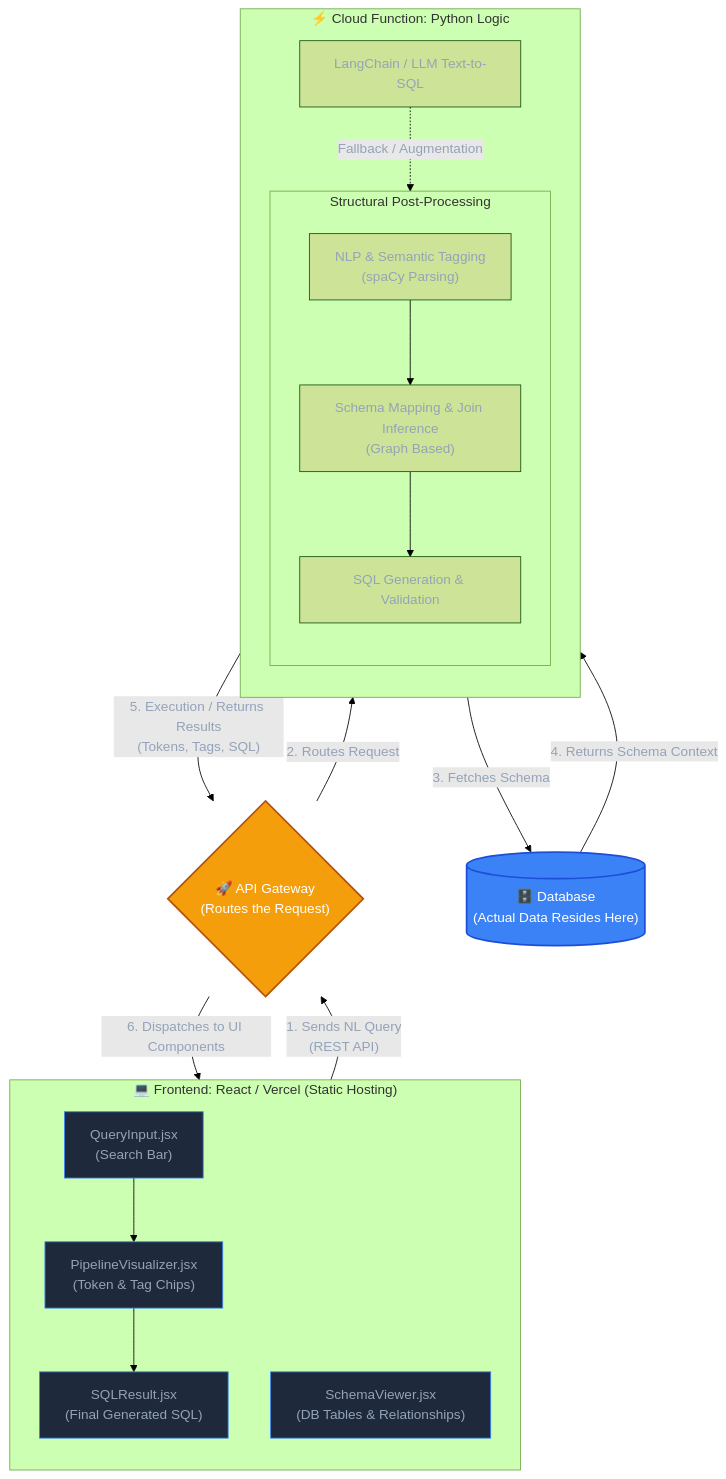
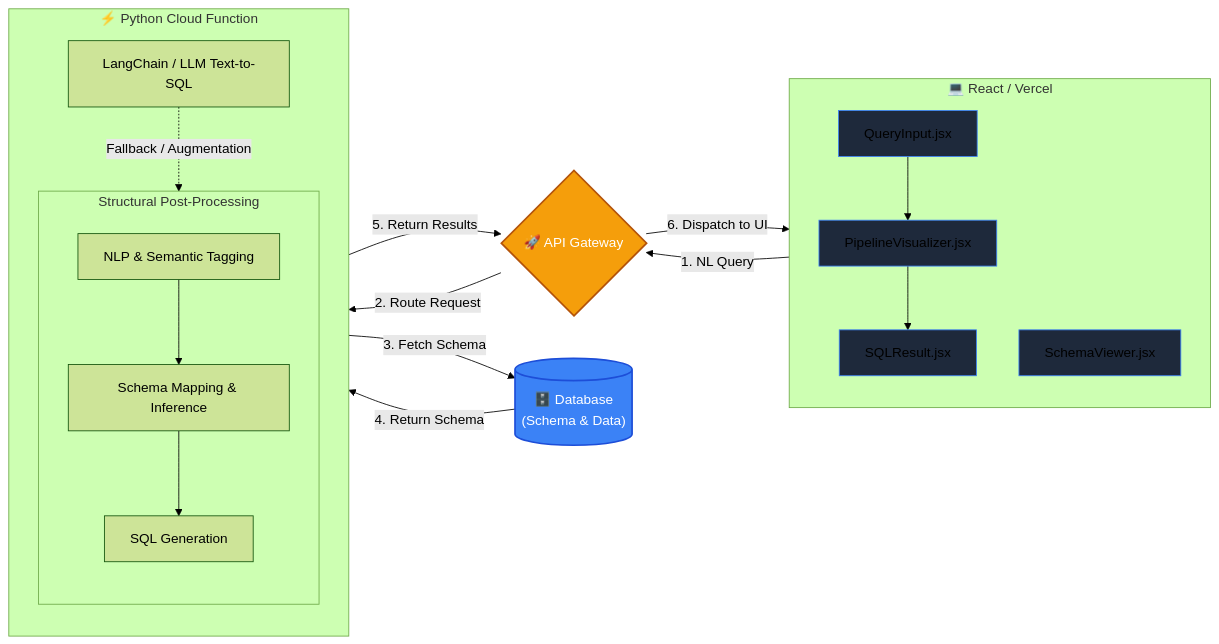
One commit to pavbhaji7/NLPTOSQL changed the diagram in component_diagram.md. Above: the diagram before and after it, drawn with Mermaid (forest theme). The commit also changed 7 other files, not shown here.

Commit message:
Update Diagram

````diff
--- a/component_diagram.md
+++ b/component_diagram.md
@@ -5,68 +5,59 @@
 ```mermaid
-flowchart TB
+flowchart LR
     %% Styling
     classDef frontend fill:#0f172a,stroke:#3b82f6,stroke-width:2px,color:#f8fafc;
     classDef gateway fill:#f59e0b,stroke:#b45309,stroke-width:2px,color:#fff;
     classDef serverless fill:#1e293b,stroke:#10b981,stroke-width:2px,color:#f8fafc;
     classDef database fill:#3b82f6,stroke:#1d4ed8,stroke-width:2px,color:#fff;
-    classDef label fill:none,stroke:none,color:#94a3b8;
 
-    %% Client / Frontend Layer
-    subgraph FrontendLayer ["💻 Frontend: React / Vercel (Static Hosting)"]
+    %% Client Layer
+    subgraph FrontendLayer ["💻 React / Vercel"]
         direction TB
-        UI_QueryInput["QueryInput.jsx\n(Search Bar)"]
-        UI_SchemaViewer["SchemaViewer.jsx\n(DB Tables & Relationships)"]
-        UI_PipelineVisual["PipelineVisualizer.jsx\n(Token & Tag Chips)"]
-        UI_SQLResult["SQLResult.jsx\n(Final Generated SQL)"]
+        UI_QueryInput["QueryInput.jsx"]
+        UI_PipelineVisual["PipelineVisualizer.jsx"]
+        UI_SQLResult["SQLResult.jsx"]
+        UI_SchemaViewer["SchemaViewer.jsx"]
 
-        UI_QueryInput --> UI_PipelineVisual
-        UI_PipelineVisual --> UI_SQLResult
+        UI_QueryInput --> UI_PipelineVisual --> UI_SQLResult
     end
     class FrontendLayer frontend;
 
-    %% Routing Layer
-    APIGateway{"🚀 API Gateway\n(Routes the Request)"}
+    %% Routing
+    APIGateway{"🚀 API Gateway"}
     class APIGateway gateway;
 
-    %% Backend / Processing Layer
-    subgraph BackendLayer ["⚡ Cloud Function: Python Logic"]
+    %% Backend Layer
+    subgraph BackendLayer ["⚡ Python Cloud Function"]
         direction TB
-        
-        %% Combining LLM with structured steps
         LLM["LangChain / LLM Text-to-SQL"]
         
         subgraph Pipeline ["Structural Post-Processing"]
             direction TB
-            NLP["NLP & Semantic Tagging\n(spaCy Parsing)"]
-            Linker["Schema Mapping & Join Inference\n(Graph Based)"]
-            Generator["SQL Generation & Validation"]
-            
-            NLP --> Linker
-            Linker --> Generator
+            NLP["NLP & Semantic Tagging"]
+            Linker["Schema Mapping & Inference"]
+            Generator["SQL Generation"]
+            NLP --> Linker --> Generator
         end
-        
         LLM -. "Fallback / Augmentation" .-> Pipeline
     end
     class BackendLayer serverless;
 
     %% Data Layer
-    Database[("🗄️ Database\n(Actual Data Resides Here)")]
+    Database[("🗄️ Database\n(Schema & Data)")]
     class Database database;
 
-
-    %% Relationships and Data Flow
-    FrontendLayer -- "1. Sends NL Query\n(REST API)" --> APIGateway
-    APIGateway -- "2. Routes Request" --> BackendLayer
+    %% Connections
+    FrontendLayer -- "1. NL Query" --> APIGateway
+    APIGateway -- "2. Route Request" --> BackendLayer
     
-    BackendLayer -- "3. Fetches Schema" --> Database
-    Database -- "4. Returns Schema Context" --> BackendLayer
+    BackendLayer -- "3. Fetch Schema" --> Database
+    Database -- "4. Return Schema" --> BackendLayer
     
-    BackendLayer -- "5. Execution / Returns Results\n(Tokens, Tags, SQL)" --> APIGateway
-    
-    APIGateway -- "6. Dispatches to UI Components" --> FrontendLayer
+    BackendLayer -- "5. Return Results" --> APIGateway
+    APIGateway -- "6. Dispatch to UI" --> FrontendLayer
 
     style UI_QueryInput fill:#1e293b,stroke:#3b82f6
     style UI_SchemaViewer fill:#1e293b,stroke:#3b82f6
     style UI_PipelineVisual fill:#1e293b,stroke:#3b82f6
     style UI_SQLResult fill:#1e293b,stroke:#3b82f6
 ```
````
